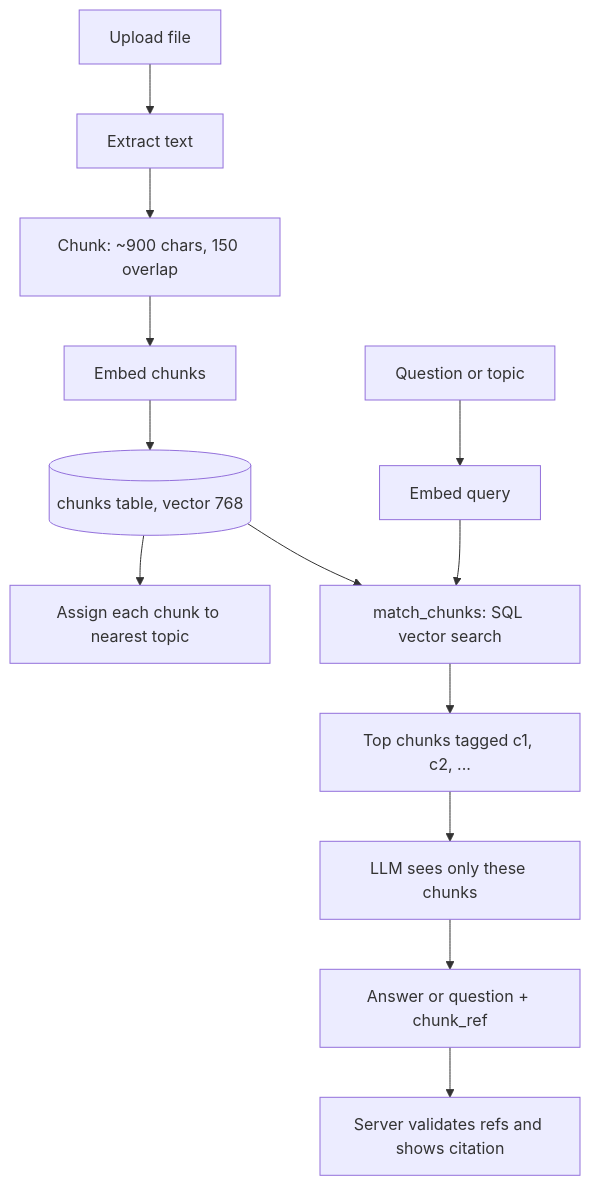
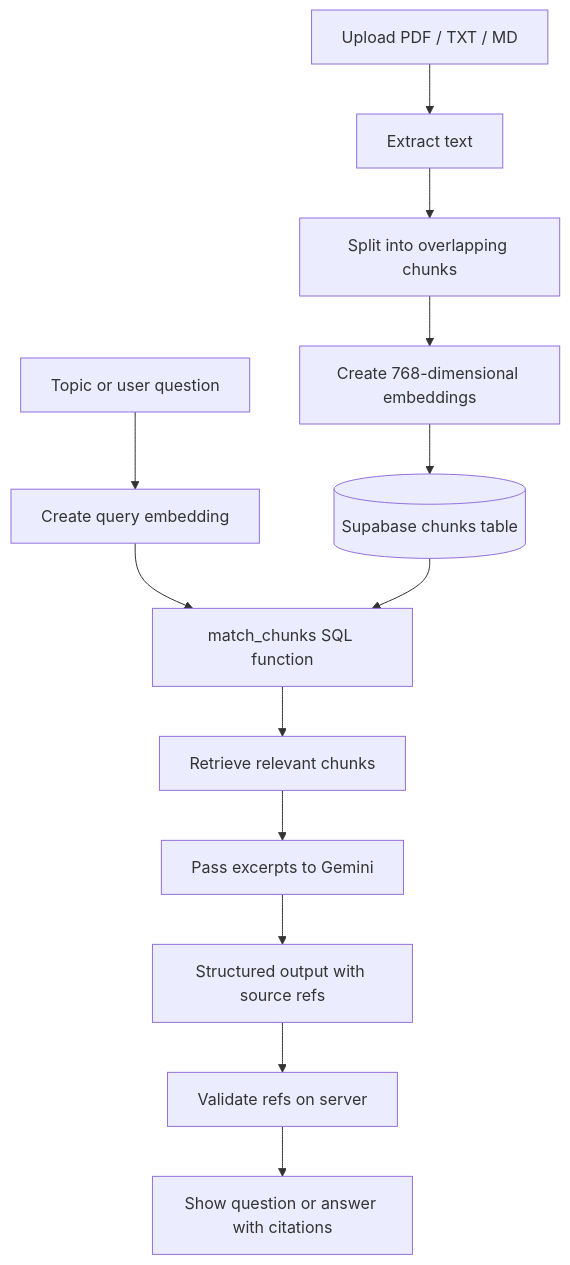
One commit to Dishagupta275/GapFinder_AI changed the first of 2 diagrams in README.md. Above: the diagram before and after it, drawn with Mermaid. The commit also changed other lines of this file, not shown here.

Commit message:
docs: expand README with setup and architecture

````diff
--- a/README.md
+++ b/README.md
@@ -48,15 +117,15 @@
 ```mermaid
 flowchart TD
-  A[Upload file] --> B[Extract text]
-  B --> C[Chunk: ~900 chars, 150 overlap]
-  C --> D[Embed chunks]
-  D --> E[(chunks table, vector 768)]
-  E --> F[Assign each chunk to nearest topic]
-  Q[Question or topic] --> R[Embed query]
-  R --> S[match_chunks: SQL vector search]
-  E --> S
-  S --> T[Top chunks tagged c1, c2, ...]
-  T --> U[LLM sees only these chunks]
-  U --> V[Answer or question + chunk_ref]
-  V --> W[Server validates refs and shows citation]
+  A[Upload PDF / TXT / MD] --> B[Extract text]
+  B --> C[Split into overlapping chunks]
+  C --> D[Create 768-dimensional embeddings]
+  D --> E[(Supabase chunks table)]
+  F[Topic or user question] --> G[Create query embedding]
+  G --> H[match_chunks SQL function]
+  E --> H
+  H --> I[Retrieve relevant chunks]
+  I --> J[Pass excerpts to Gemini]
+  J --> K[Structured output with source refs]
+  K --> L[Validate refs on server]
+  L --> M[Show question or answer with citations]
 ```
````
